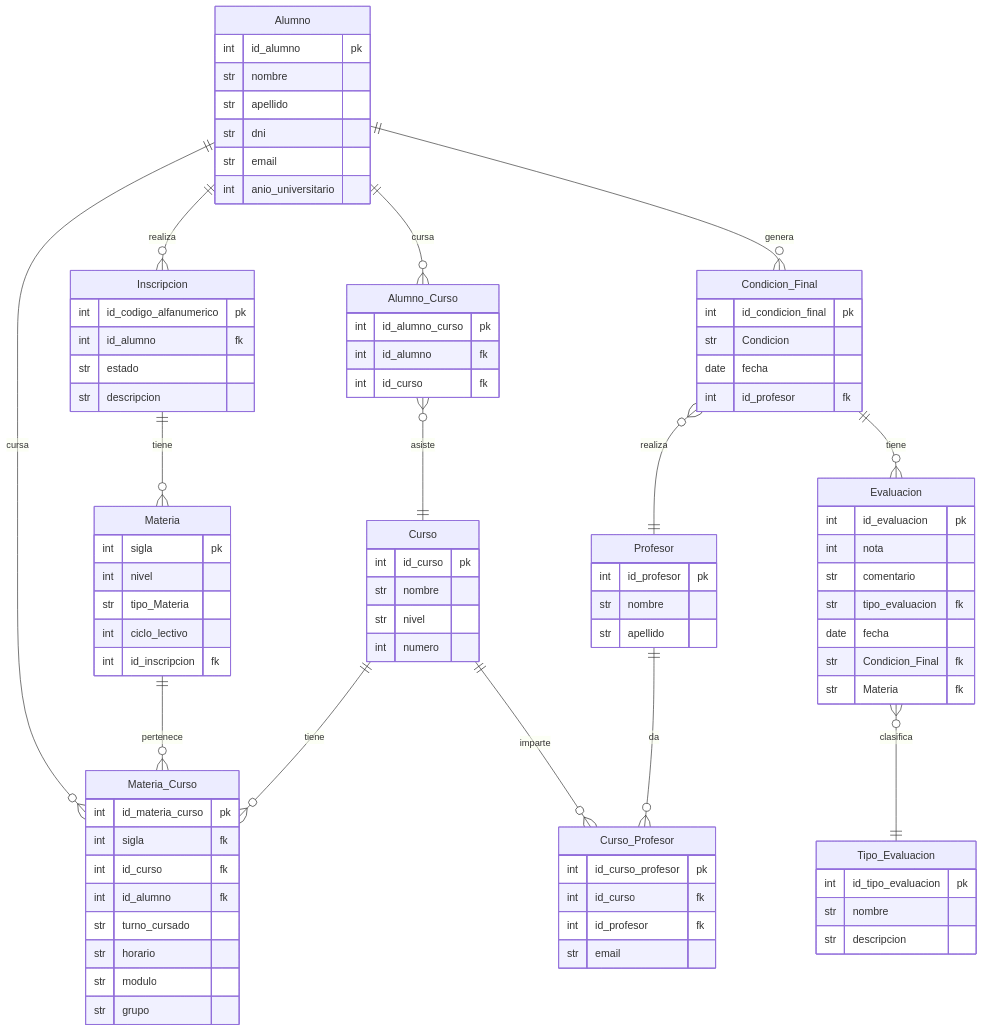
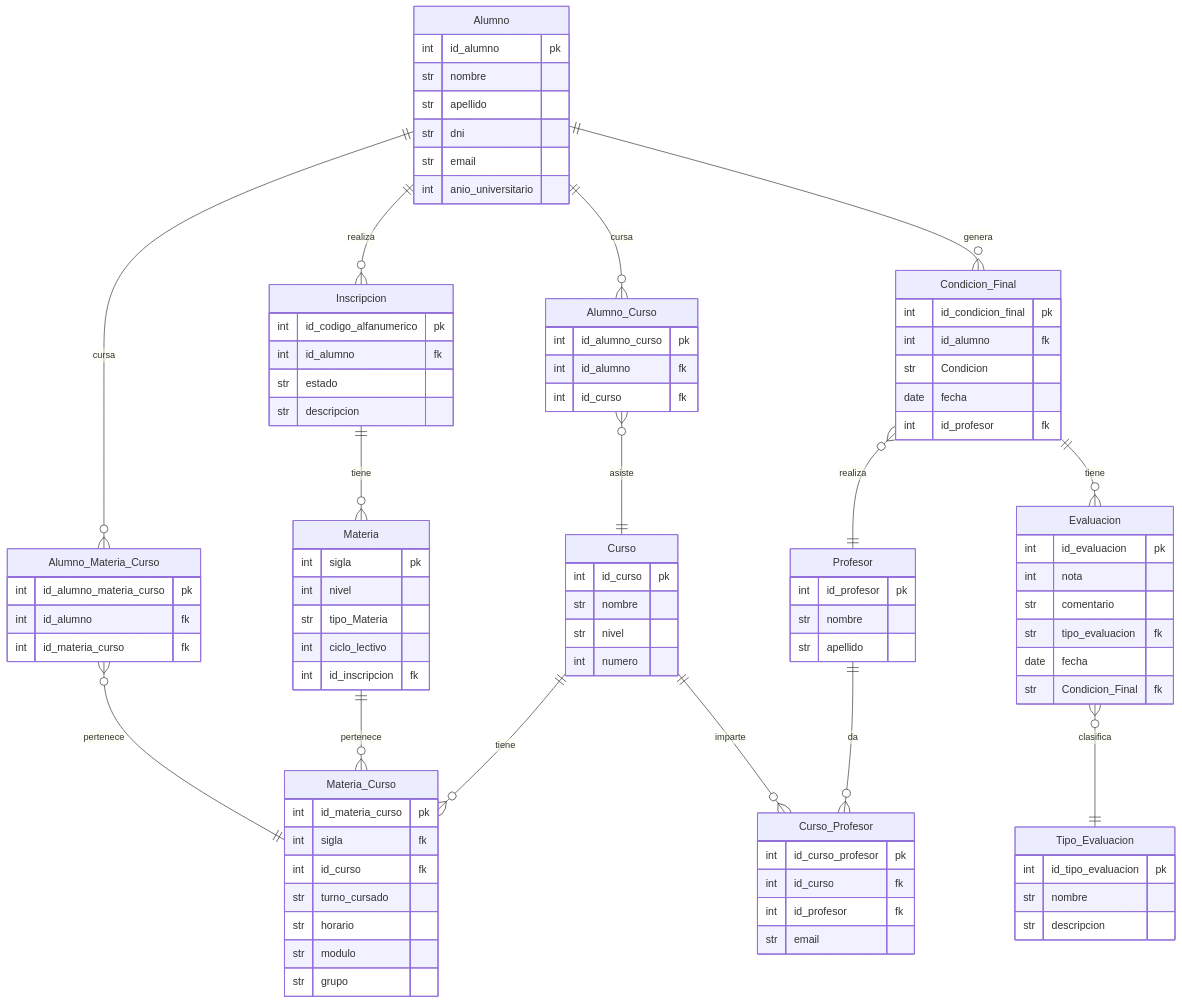
The diagram in docs/BD_real.mermaid (Villada-PG3/trabajo-practico-integrador-universidad-tecnologica-nacional), drawn with Mermaid before and after one commit.

Commit message:
porfa_ahora_si_BD

```diff
--- a/docs/BD_real.mermaid
+++ b/docs/BD_real.mermaid
@@ -1,89 +1,94 @@
 erDiagram
     Alumno{
         int id_alumno pk
         str nombre
         str apellido
         str dni
         str email
         int anio_universitario
     }
     Materia{
         int sigla pk
         int nivel
         str tipo_Materia
         int ciclo_lectivo
         int id_inscripcion fk
 
     }
     Curso{
         int id_curso pk
         str nombre
         str nivel
         int numero
     }
     Materia_Curso{
         int id_materia_curso pk
         int sigla fk
         int id_curso fk
-        int id_alumno fk
         str turno_cursado
         str horario
         str modulo
         str grupo
     }
     Inscripcion{
         int id_codigo_alfanumerico pk
         int id_alumno fk
         str estado
         str descripcion
     }
     Alumno_Curso{
         int id_alumno_curso pk
         int id_alumno fk
         int id_curso fk
     }
     Evaluacion{
         int id_evaluacion pk
         int nota
         str comentario
         str tipo_evaluacion fk
         date fecha
         str Condicion_Final fk
-        str Materia fk
     }
     Tipo_Evaluacion{
         int id_tipo_evaluacion pk
         str nombre
         str descripcion
     }
     Condicion_Final{
         int id_condicion_final pk
+        int id_alumno fk
         str Condicion
         date fecha
         int id_profesor fk
     }
     Profesor{
         int id_profesor pk
         str nombre
         str apellido
     }
     Curso_Profesor{
         int id_curso_profesor pk
         int id_curso fk
         int id_profesor fk
         str email
     }
+    Alumno_Materia_Curso{
+        int id_alumno_materia_curso pk
+        int id_alumno fk
+        int id_materia_curso fk
+    }
 
     Alumno ||--o{ Inscripcion : realiza
     Alumno ||--o{ Alumno_Curso : cursa
     Alumno ||--o{ Condicion_Final : genera
-    Alumno ||--o{ Materia_Curso : cursa
+    Alumno ||--o{ Alumno_Materia_Curso : cursa
+    Alumno_Materia_Curso }o--|| Materia_Curso : pertenece
     Inscripcion ||--o{ Materia : tiene
     Materia ||--o{ Materia_Curso : pertenece
     Curso ||--o{ Materia_Curso : tiene
     Curso ||--o{ Curso_Profesor : imparte
     Profesor ||--o{ Curso_Profesor : da
     Alumno_Curso }o--|| Curso : asiste
     Condicion_Final ||--o{ Evaluacion : tiene
     Evaluacion }o--|| Tipo_Evaluacion  : clasifica
     Condicion_Final }o--|| Profesor : realiza
```
